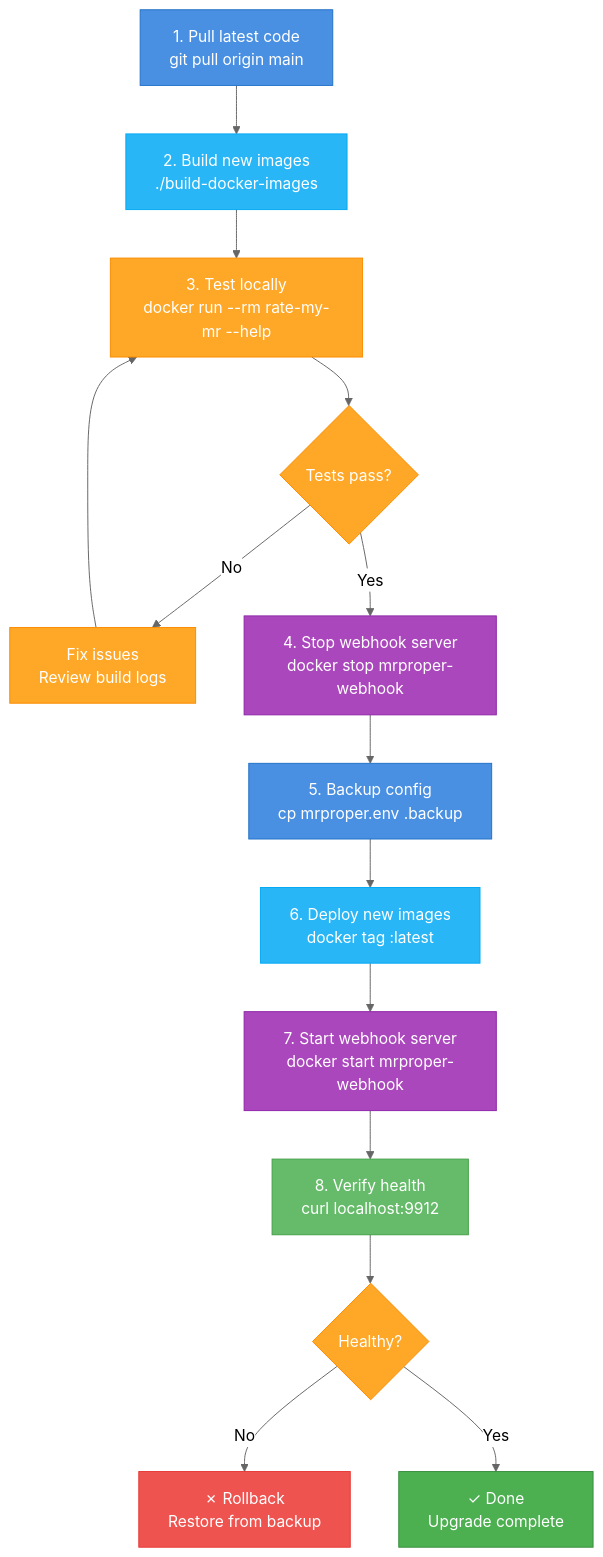
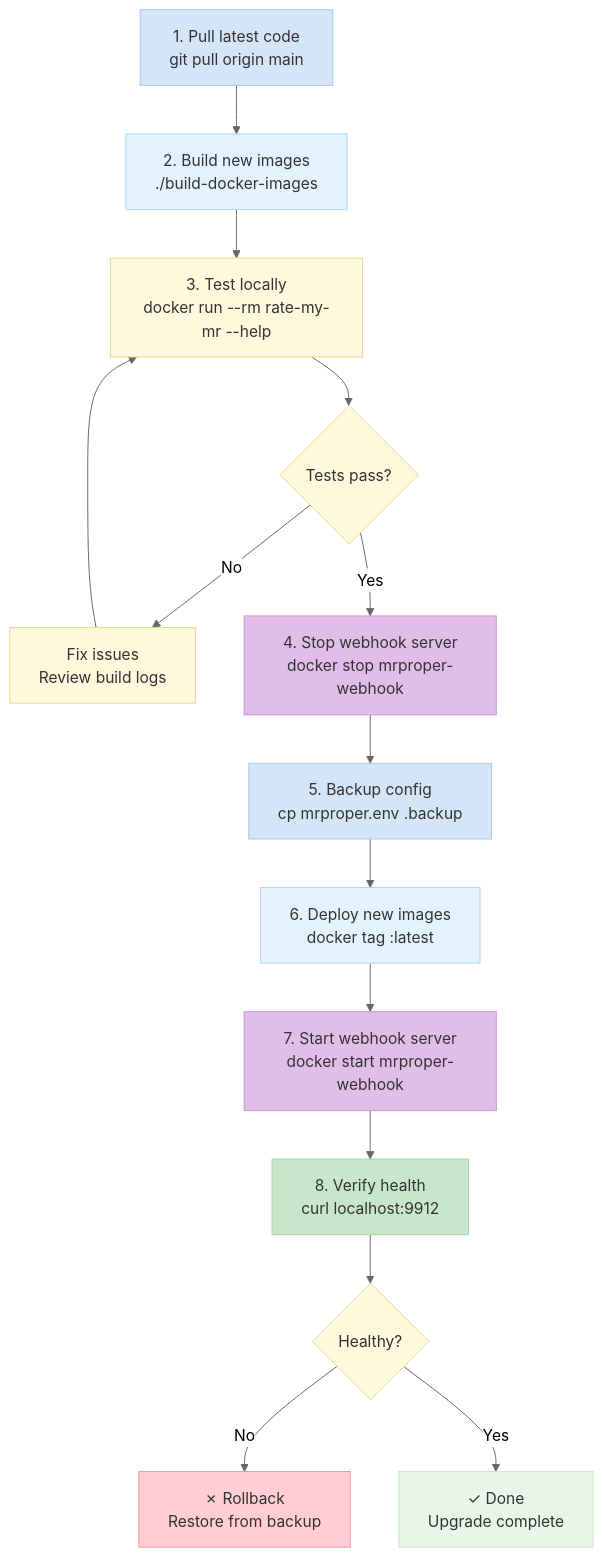
Before and after one commit to vigneshpalanivelr/commit-validator: the third of 3 diagrams in OPERATIONS.md, drawn with Mermaid (neutral theme). The commit also changed other lines of this file and 2 other files, not shown here.

First line of the commit message:
Update mermaid diagrams with subtle, muted colors

````diff
--- a/OPERATIONS.md
+++ b/OPERATIONS.md
@@ -1417,33 +1417,33 @@
 ```mermaid
 flowchart TD
     A[1. Pull latest code<br/>git pull origin main] --> B[2. Build new images<br/>./build-docker-images]
     B --> C[3. Test locally<br/>docker run --rm rate-my-mr --help]
     C --> D{Tests pass?}
     D -->|No| E[Fix issues<br/>Review build logs]
     E --> C
     D -->|Yes| F[4. Stop webhook server<br/>docker stop mrproper-webhook]
     F --> G[5. Backup config<br/>cp mrproper.env .backup]
     G --> H[6. Deploy new images<br/>docker tag :latest]
     H --> I[7. Start webhook server<br/>docker start mrproper-webhook]
     I --> J[8. Verify health<br/>curl localhost:9912]
     J --> K{Healthy?}
     K -->|No| L[✗ Rollback<br/>Restore from backup]
     K -->|Yes| M[✓ Done<br/>Upgrade complete]
 
-    classDef prepare fill:#4a90e2,color:#fff,stroke:#2171c7
-    classDef build fill:#29b6f6,color:#fff,stroke:#03a9f4
-    classDef test fill:#ffa726,color:#fff,stroke:#fb8c00
-    classDef deploy fill:#ab47bc,color:#fff,stroke:#8e24aa
-    classDef verify fill:#66bb6a,color:#fff,stroke:#43a047
-    classDef error fill:#ef5350,color:#fff,stroke:#e53935
-    classDef success fill:#4caf50,color:#fff,stroke:#388e3c
+    classDef prepare fill:#d4e5f7,color:#333,stroke:#a8c8e8
+    classDef build fill:#e3f2fd,color:#333,stroke:#b3d4f7
+    classDef test fill:#fff8dc,color:#333,stroke:#e8d890
+    classDef deploy fill:#e1bee7,color:#333,stroke:#ce93d8
+    classDef verify fill:#c8e6c9,color:#333,stroke:#a5d6a7
+    classDef error fill:#ffcdd2,color:#333,stroke:#ef9a9a
+    classDef success fill:#e8f5e9,color:#333,stroke:#c8e6c9
 
     class A,G prepare
     class B,H build
     class C,E test
     class D,K test
     class F,I deploy
     class J verify
     class L error
     class M success
 ```
````
